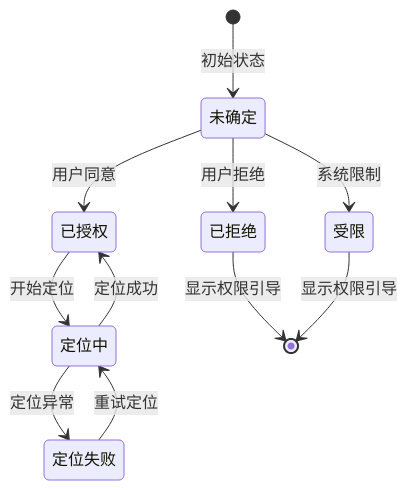
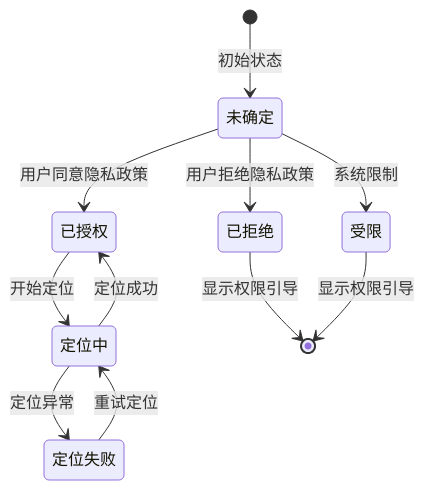
Before and after one commit to Jayden23018/blind-run-ios: the fourth of 9 diagrams in .qoder/repowiki/zh/content/架构设计/模块化架构设计/Map 地图模块.md, drawn with Mermaid. The commit also changed other lines of this file and 8 other files, not shown here.

````diff
--- a/.qoder/repowiki/zh/content/架构设计/模块化架构设计/Map 地图模块.md
+++ b/.qoder/repowiki/zh/content/架构设计/模块化架构设计/Map 地图模块.md
@@ -278,13 +319,13 @@
 ```mermaid
 stateDiagram-v2
 [*] --> 未确定 : 初始状态
-未确定 --> 已授权 : 用户同意
-未确定 --> 已拒绝 : 用户拒绝
+未确定 --> 已授权 : 用户同意隐私政策
+未确定 --> 已拒绝 : 用户拒绝隐私政策
 未确定 --> 受限 : 系统限制
 已授权 --> 定位中 : 开始定位
 定位中 --> 已授权 : 定位成功
 定位中 --> 定位失败 : 定位异常
 已拒绝 --> [*] : 显示权限引导
 受限 --> [*] : 显示权限引导
 定位失败 --> 定位中 : 重试定位
 ```
````
